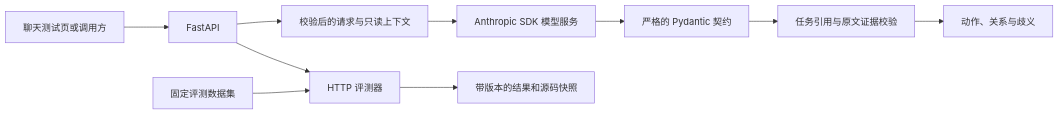
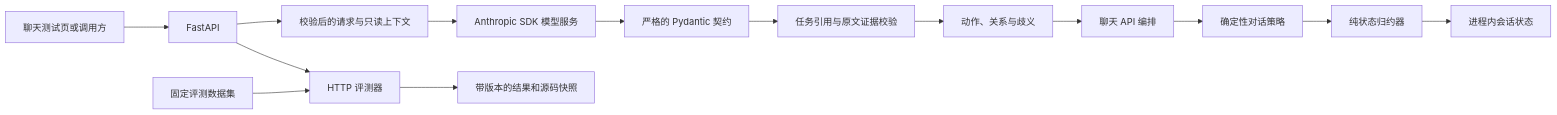
Before and after one commit to Acxxxq/agentdesk: the diagram in docs/zh/ARCHITECTURE.md, drawn with Mermaid. The commit also changed other lines of this file and 70 other files, not shown here.

Commit message:
feat: add multi-turn dialogue policy and chat evaluation

````diff
--- a/docs/zh/ARCHITECTURE.md
+++ b/docs/zh/ARCHITECTURE.md
@@ -7,12 +7,16 @@
 ```mermaid
 flowchart LR
     UI[聊天测试页或调用方] --> API[FastAPI]
     API --> REQ[校验后的请求与只读上下文]
     REQ --> LLM[Anthropic SDK 模型服务]
     LLM --> CONTRACT[严格的 Pydantic 契约]
     CONTRACT --> EVIDENCE[任务引用与原文证据校验]
     EVIDENCE --> RESULT[动作、关系与歧义]
+    RESULT --> CHAT[聊天 API 编排]
+    CHAT --> POLICY[确定性对话策略]
+    POLICY --> REDUCER[纯状态归约器]
+    REDUCER --> SESSION[进程内会话状态]
     DATA[固定评测数据集] --> EVAL[HTTP 评测器]
     API --> EVAL
     EVAL --> RECORD[带版本的结果和源码快照]
 ```
````
